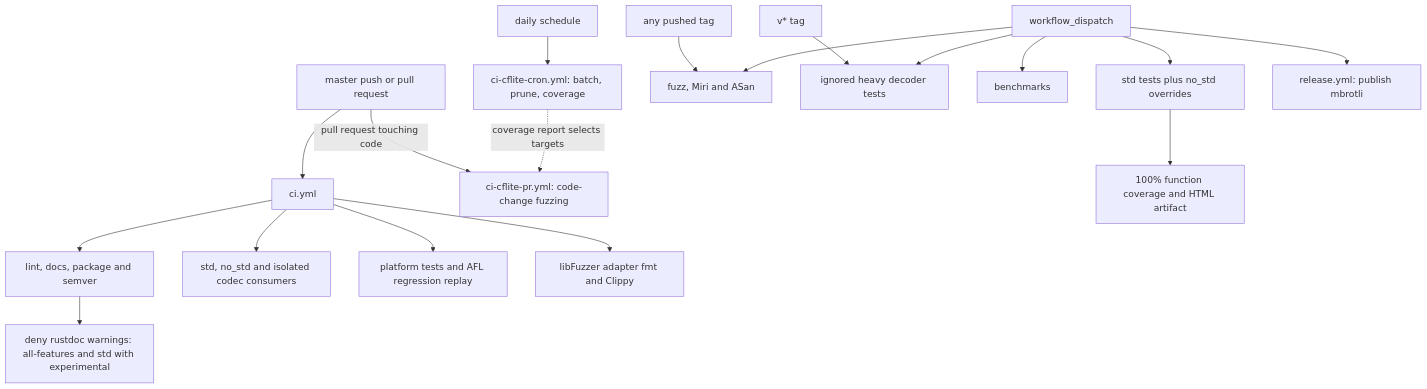
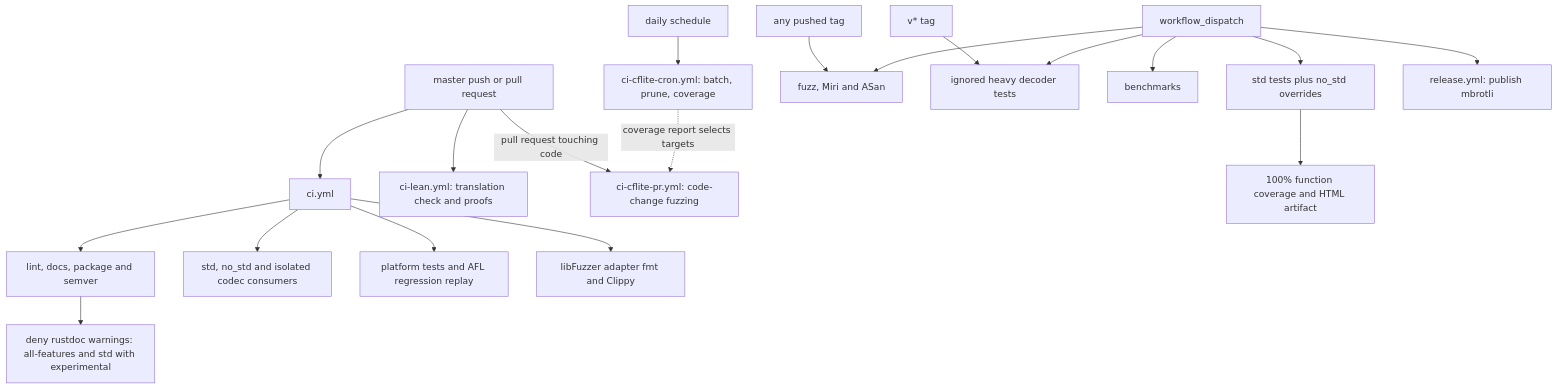
One commit to M-Compressors/mbrotli changed the first of 5 diagrams in architecture/ci.md. Above: the diagram before and after it, drawn with Mermaid. The commit also changed other lines of this file and 30 other files, not shown here.

````diff
--- a/architecture/ci.md
+++ b/architecture/ci.md
@@ -22,20 +23,21 @@
 ```mermaid
 flowchart TD
     Branch[master push or pull request] --> Routine[ci.yml]
     Routine --> Build[lint, docs, package and semver]
     Build --> Docs[deny rustdoc warnings: all-features and std with experimental]
     Routine --> Features[std, no_std and isolated codec consumers]
     Routine --> Tests[platform tests and AFL regression replay]
     Routine --> LibFuzzer[libFuzzer adapter fmt and Clippy]
+    Branch --> Lean[ci-lean.yml: translation check and proofs]
     Branch -->|pull request touching code| CFPR[ci-cflite-pr.yml: code-change fuzzing]
     Daily[daily schedule] --> CFCron[ci-cflite-cron.yml: batch, prune, coverage]
     CFCron -. coverage report selects targets .-> CFPR
     Tag[any pushed tag] --> HeavyTools[fuzz, Miri and ASan]
     Release[v* tag] --> Decoder[ignored heavy decoder tests]
     Manual[workflow_dispatch] --> HeavyTools
     Manual --> Decoder
     Manual --> Bench[benchmarks]
     Manual --> Coverage[std tests plus no_std overrides]
     Manual --> Publish[release.yml: publish mbrotli]
     Coverage --> Gate[100% function coverage and HTML artifact]
 ```
````
